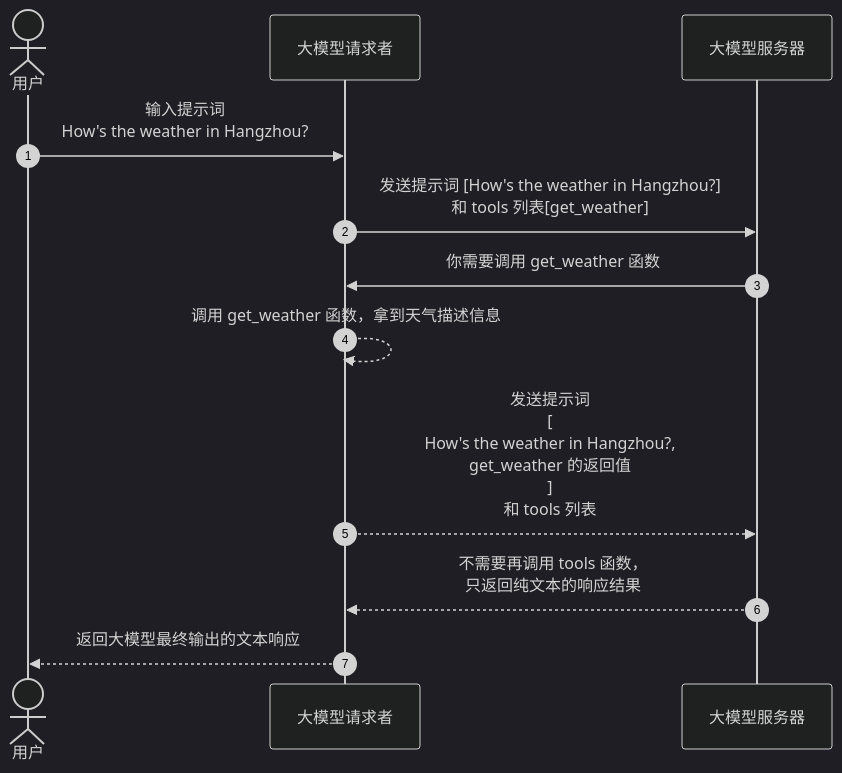
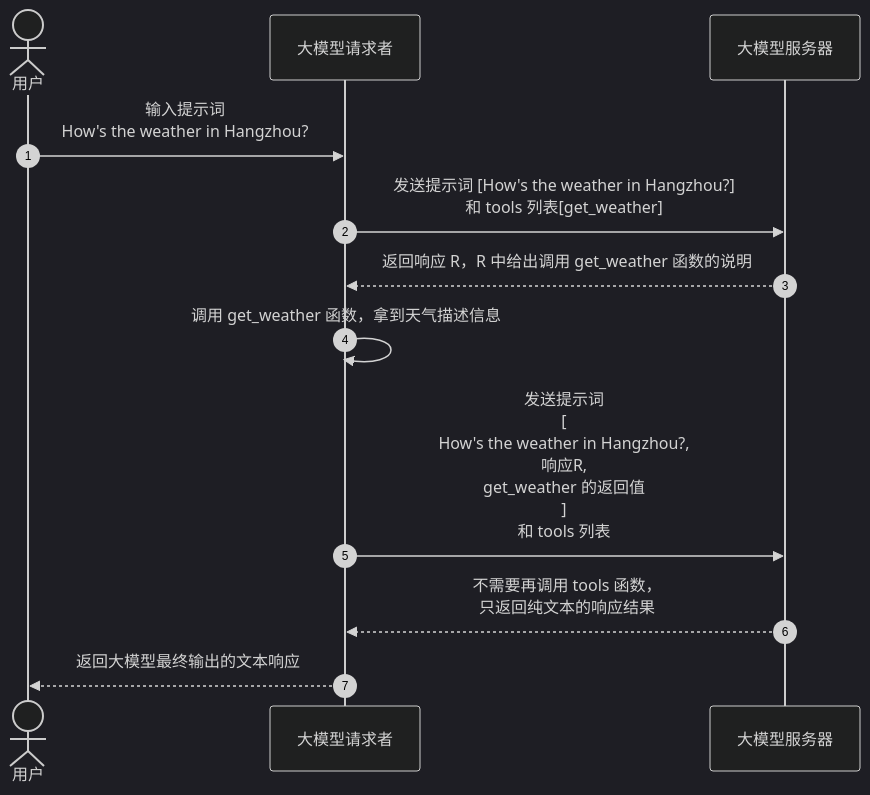
Before and after one commit to yunnysunny/yunnysunny.github.io: the first of 2 diagrams in source/_posts/mcp_history.md, drawn with Mermaid (dark theme). The commit also changed other lines of this file, not shown here.

Commit message:
修改mcp时序图

````diff
--- a/source/_posts/mcp_history.md
+++ b/source/_posts/mcp_history.md
@@ -82,17 +82,17 @@
 ```mermaid
 sequenceDiagram
     autonumber
     actor U as 用户
     participant requester as 大模型请求者
     participant bigger as 大模型服务器
 
 
     U->>requester: 输入提示词<br>How's the weather in Hangzhou?
     requester->>bigger: 发送提示词 [How's the weather in Hangzhou?]<br> 和 tools 列表[get_weather]
-    bigger->>requester: 你需要调用 get_weather 函数
-    requester-->>requester: 调用 get_weather 函数，拿到天气描述信息
-    requester-->>bigger: 发送提示词 <br>[<br>How's the weather in Hangzhou?,<br> get_weather 的返回值<br>]<br> 和 tools 列表
+    bigger-->>requester: 返回响应 R，R 中给出调用 get_weather 函数的说明
+    requester->>requester: 调用 get_weather 函数，拿到天气描述信息
+    requester->>bigger: 发送提示词 <br>[<br>How's the weather in Hangzhou?,<br>响应R,<br> get_weather 的返回值<br>]<br> 和 tools 列表
     bigger-->>requester: 不需要再调用 tools 函数，<br>只返回纯文本的响应结果
     requester-->>U: 返回大模型最终输出的文本响应
 
 ```
````
